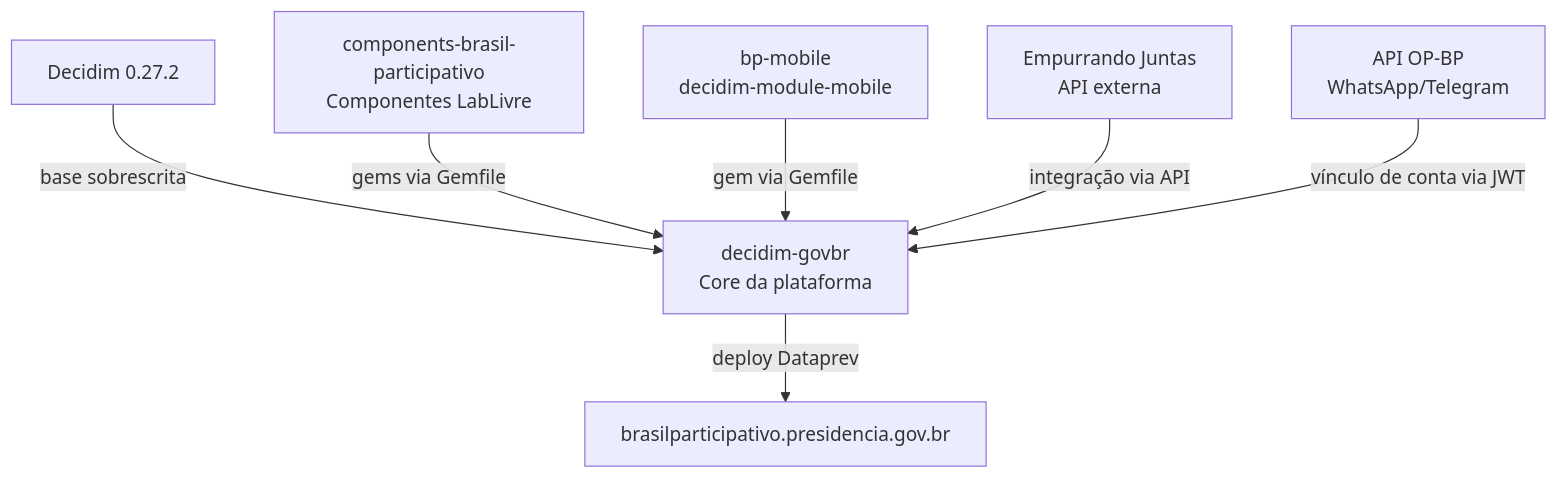
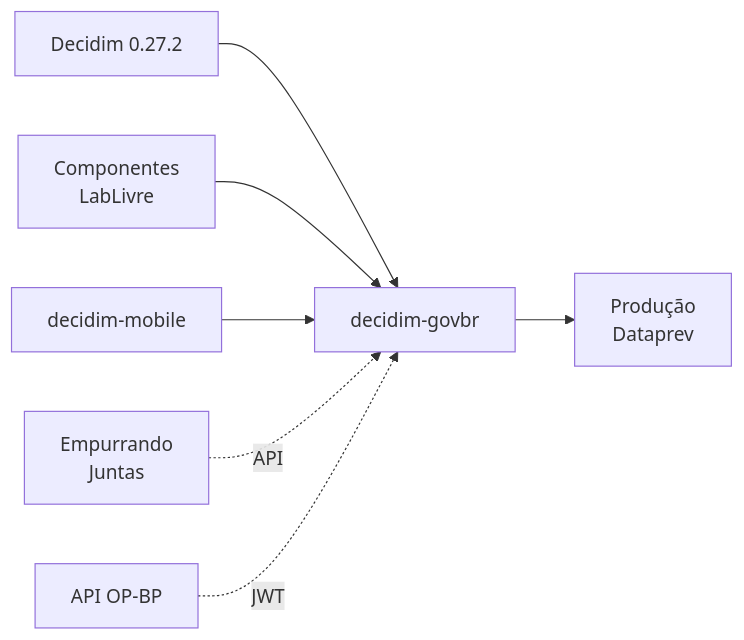
The diagram in docs/visao-geral/sobre.md (RochaCarla/doc-bp), drawn with Mermaid before and after one commit. The commit also changed 44 other files, not shown here.

First line of the commit message:
feat: aba Estudos, e-book em PDF e diagramas legíveis

````diff
--- a/docs/visao-geral/sobre.md
+++ b/docs/visao-geral/sobre.md
@@ -60,9 +60,9 @@
 ```mermaid
-graph TD
-    UP[Decidim 0.27.2] -->|base sobrescrita| CORE[decidim-govbr<br/>Core da plataforma]
-    COMP[components-brasil-participativo<br/>Componentes LabLivre] -->|gems via Gemfile| CORE
-    MOB[bp-mobile<br/>decidim-module-mobile] -->|gem via Gemfile| CORE
-    EJ[Empurrando Juntas<br/>API externa] -->|integração via API| CORE
-    OPBP[API OP-BP<br/>WhatsApp/Telegram] -->|vínculo de conta via JWT| CORE
-    CORE -->|deploy Dataprev| PROD[brasilparticipativo.presidencia.gov.br]
+flowchart LR
+    UP[Decidim 0.27.2] --> CORE
+    COMP[Componentes<br/>LabLivre] --> CORE
+    MOB[decidim-mobile] --> CORE
+    EJ[Empurrando<br/>Juntas] -.->|API| CORE
+    OPBP[API OP-BP] -.->|JWT| CORE
+    CORE[decidim-govbr] --> PROD[Produção<br/>Dataprev]
 ```
````
